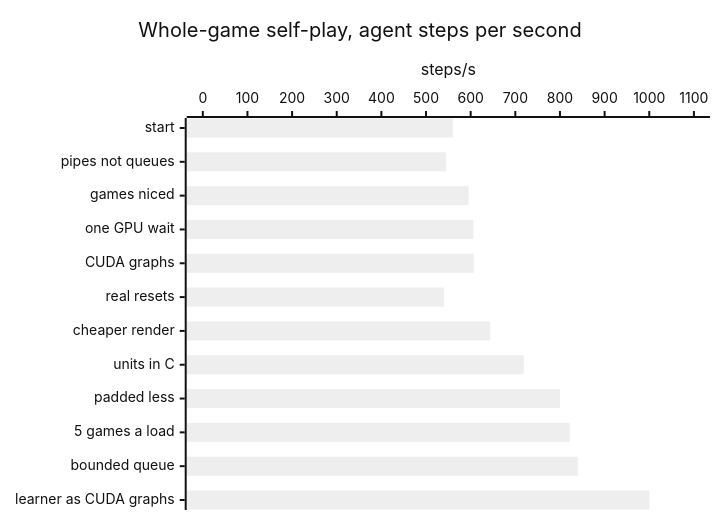
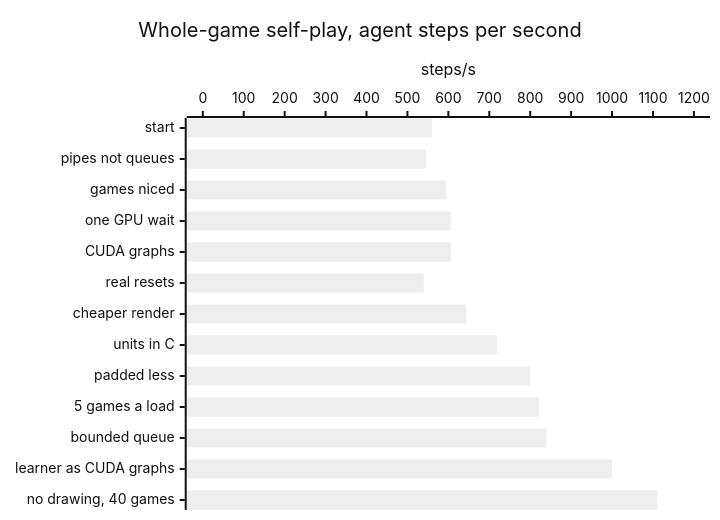
The first of 2 diagrams in docs/optimizations.md (RobinKa/warcraftsim), drawn with Mermaid (neutral theme) before and after one commit. The commit also changed other lines of this file and 1 other file, not shown here.

Commit message:
docs: games that draw nothing and 40 of them: ~1,110 steps/s

````diff
--- a/docs/optimizations.md
+++ b/docs/optimizations.md
@@ -7,7 +7,7 @@
 ```mermaid
 xychart-beta horizontal
   title "Whole-game self-play, agent steps per second"
-  x-axis ["start", "pipes not queues", "games niced", "one GPU wait", "CUDA graphs", "real resets", "cheaper render", "units in C", "padded less", "5 games a load", "bounded queue", "learner as CUDA graphs"]
-  y-axis "steps/s" 0 --> 1100
-  bar [560, 545, 595, 606, 607, 540, 644, 719, 800, 822, 840, 1000]
+  x-axis ["start", "pipes not queues", "games niced", "one GPU wait", "CUDA graphs", "real resets", "cheaper render", "units in C", "padded less", "5 games a load", "bounded queue", "learner as CUDA graphs", "no drawing, 40 games"]
+  y-axis "steps/s" 0 --> 1200
+  bar [560, 545, 595, 606, 607, 540, 644, 719, 800, 822, 840, 1000, 1110]
 ```
````
